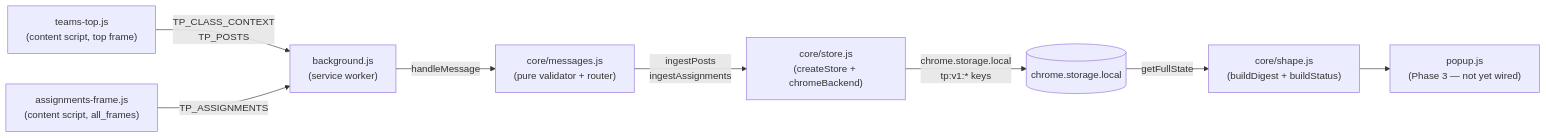
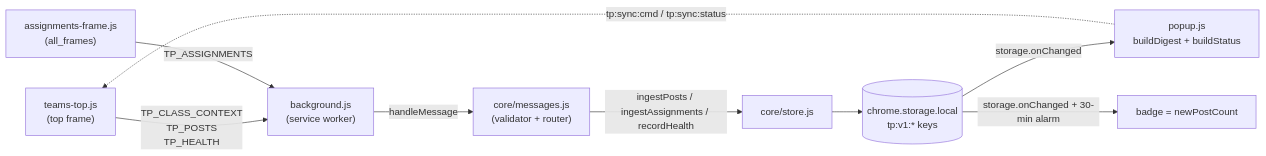
Before and after one commit to Sa-Alfy/teampulse: the first of 2 diagrams in PROJECT_CONTEXT.md, drawn with Mermaid. The commit also changed other lines of this file and 1 other file, not shown here.

First line of the commit message:
docs: README and PROJECT_CONTEXT for the standalone extension (v0.6.0)

````diff
--- a/PROJECT_CONTEXT.md
+++ b/PROJECT_CONTEXT.md
@@ -136,10 +126,11 @@
 ```mermaid
 flowchart LR
-    CS1["teams-top.js\n(content script, top frame)"] -->|TP_CLASS_CONTEXT\nTP_POSTS| SW["background.js\n(service worker)"]
-    CS2["assignments-frame.js\n(content script, all_frames)"] -->|TP_ASSIGNMENTS| SW
-    SW -->|handleMessage| MSG["core/messages.js\n(pure validator + router)"]
-    MSG -->|ingestPosts\ningestAssignments| STORE["core/store.js\n(createStore + chromeBackend)"]
-    STORE -->|chrome.storage.local\ntp:v1:* keys| CHROME[(chrome.storage.local)]
-    CHROME -->|getFullState| SHAPE["core/shape.js\n(buildDigest + buildStatus)"]
-    SHAPE --> POP["popup.js\n(Phase 3 — not yet wired)"]
+    CS1["teams-top.js\n(top frame)"] -->|TP_CLASS_CONTEXT\nTP_POSTS\nTP_HEALTH| SW["background.js\n(service worker)"]
+    CS2["assignments-frame.js\n(all_frames)"] -->|TP_ASSIGNMENTS| SW
+    SW -->|handleMessage| MSG["core/messages.js\n(validator + router)"]
+    MSG -->|ingestPosts / ingestAssignments / recordHealth| STORE["core/store.js"]
+    STORE --> CHROME[(chrome.storage.local\ntp:v1:* keys)]
+    CHROME -->|storage.onChanged| POP["popup.js\nbuildDigest + buildStatus"]
+    CHROME -->|storage.onChanged + 30-min alarm| BADGE["badge = newPostCount"]
+    POP -.->|tp:sync:cmd / tp:sync:status| CS1
 ```
````
